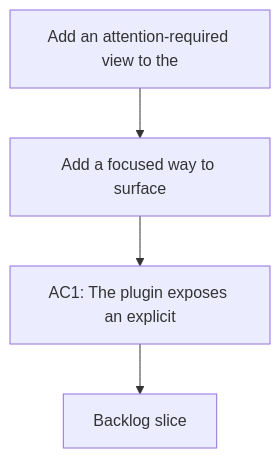
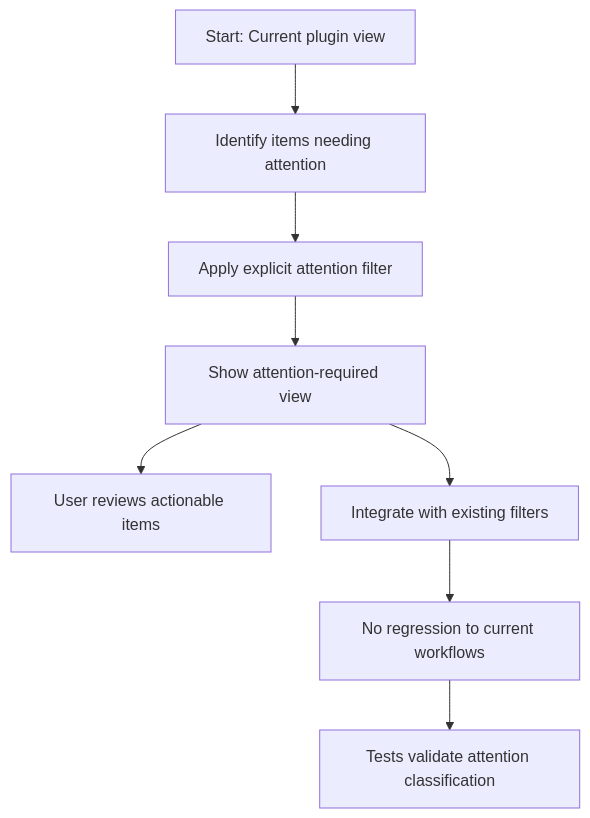
One commit to AlexAgo83/logics-manager changed the diagram in logics/request/req_040_add_attention_required_view_to_the_plugin.md. Above: the diagram before and after it, drawn with Mermaid. The commit also changed other lines of this file and 54 other files, not shown here.

````diff
--- a/logics/request/req_040_add_attention_required_view_to_the_plugin.md
+++ b/logics/request/req_040_add_attention_required_view_to_the_plugin.md
@@ -10,8 +10,15 @@
 ```mermaid
 %% logics-kind: request
 %% logics-signature: request|add-an-attention-required-view-to-the-pl|add-a-focused-way-to-surface|ac1-the-plugin-exposes-an-explicit
 flowchart TD
-    Trigger[Add an attention-required view to the] --> Need[Add a focused way to surface]
-    Need --> Outcome[AC1: The plugin exposes an explicit]
-    Outcome --> Backlog[Backlog slice]
+  A[Start: Current plugin view]
+  B[Identify items needing attention]
+  C[Apply explicit attention filter]
+  D[Show attention-required view]
+  E[User reviews actionable items]
+  F[Integrate with existing filters]
+  G[No regression to current workflows]
+  H[Tests validate attention classification]
+  A --> B --> C --> D --> E
+  D --> F --> G --> H
 ```
````
